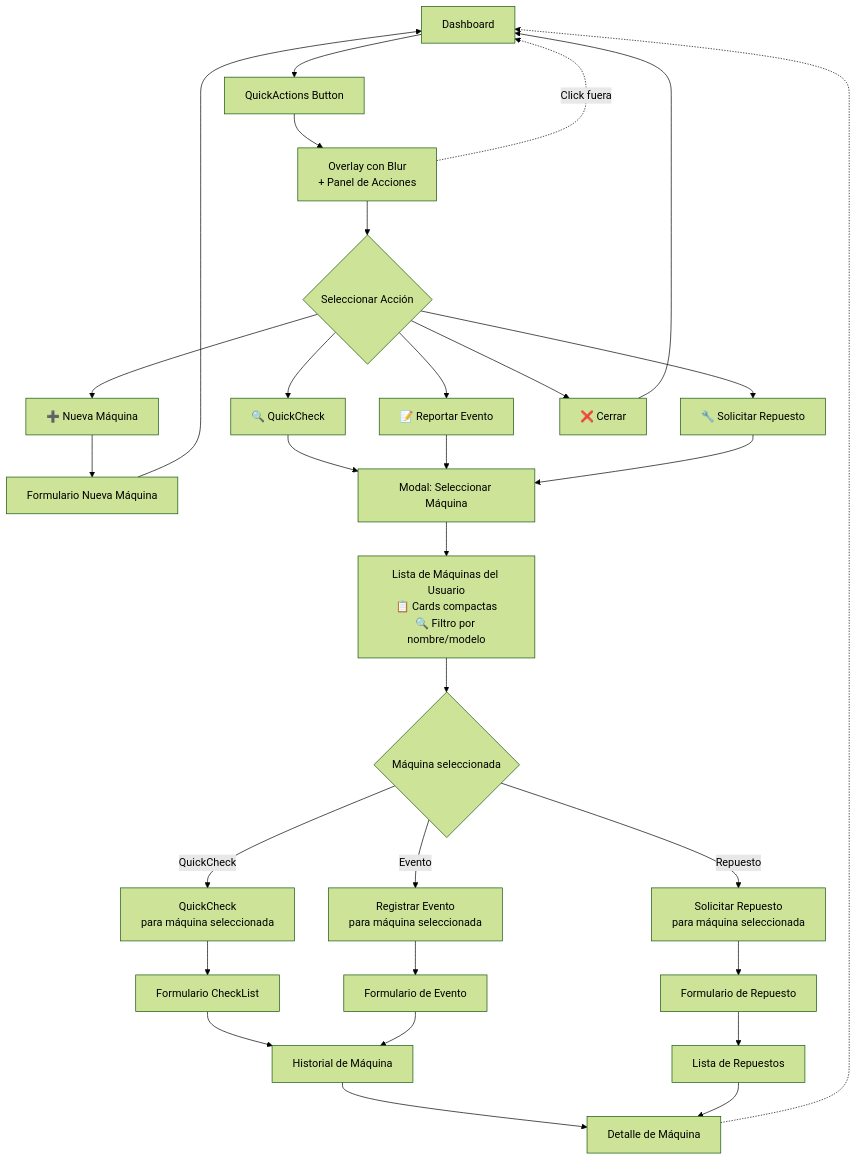
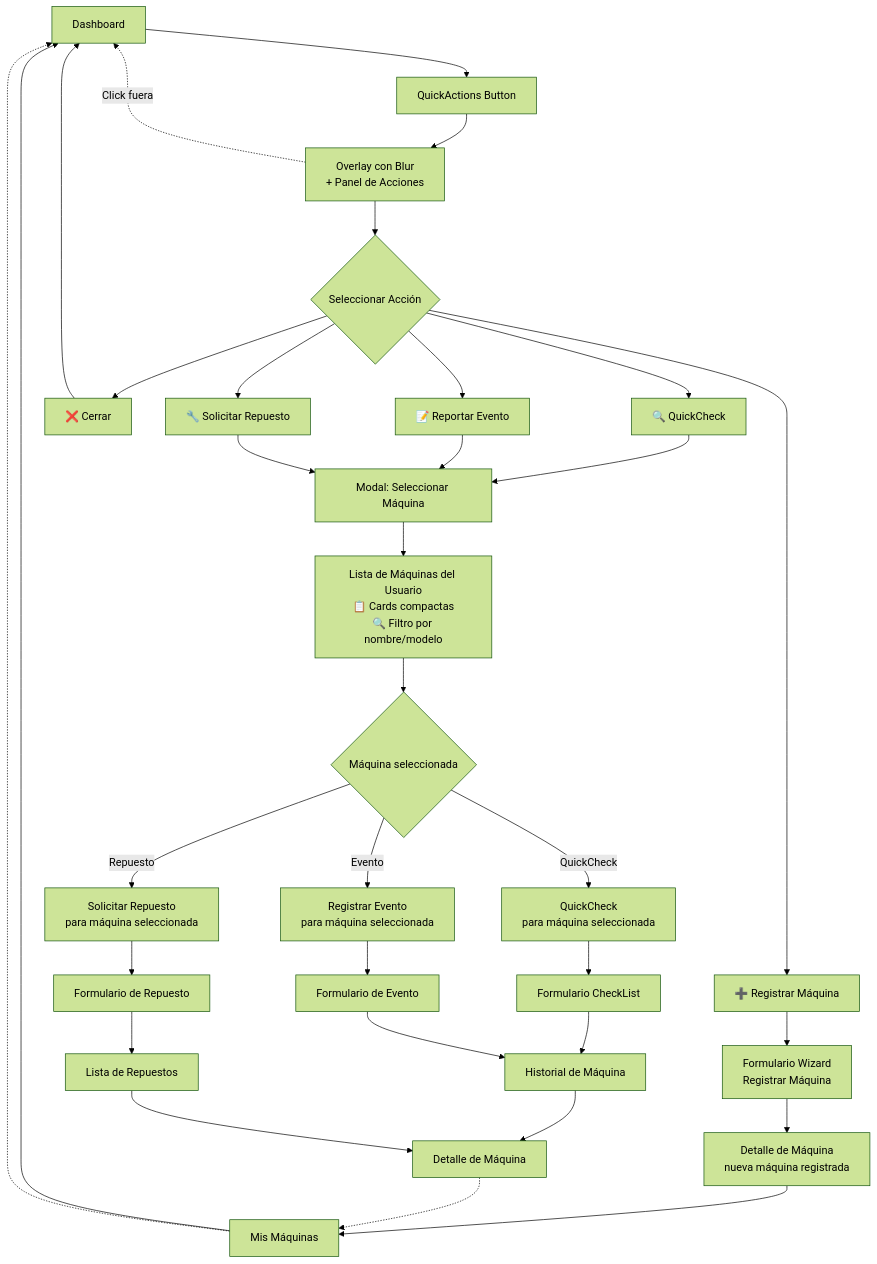
The second of 9 diagrams in docs/userJourney.md (MarkMed/FleetMan), drawn with Mermaid (forest theme) before and after one commit. The commit also changed other lines of this file, not shown here.

Commit message:
Enhance QuickActions dashboard: rename and update machine registration flow with wizard form

````diff
--- a/docs/userJourney.md
+++ b/docs/userJourney.md
@@ -33,48 +33,51 @@
 ```mermaid
 flowchart TD
     DASH[Dashboard] --> QA_TRIGGER[QuickActions Button]
     QA_TRIGGER --> QA_OVERLAY[Overlay con Blur<br/>+ Panel de Acciones]
     
     QA_OVERLAY --> QA_OPTIONS{Seleccionar Acción}
     QA_OPTIONS --> QA_QUICKCHECK[🔍 QuickCheck]
     QA_OPTIONS --> QA_EVENT[📝 Reportar Evento]
+    QA_OPTIONS --> QA_MACHINE[➕ Registrar Máquina]
+    QA_OPTIONS --> QA_CLOSE[❌ Cerrar]
     QA_OPTIONS --> QA_SPARE[🔧 Solicitar Repuesto]
-    QA_OPTIONS --> QA_MACHINE[➕ Nueva Máquina]
-    QA_OPTIONS --> QA_CLOSE[❌ Cerrar]
     
-    %% Nueva Máquina - Redirect directo
-    QA_MACHINE --> MACHINE_FORM[Formulario Nueva Máquina]
-    MACHINE_FORM --> DASH
+    %% Registrar Máquina - Redirect directo
+    QA_MACHINE --> MACHINE_WIZARD[Formulario Wizard<br/>Registrar Máquina]
+    MACHINE_WIZARD --> MACHINE_DETAIL[Detalle de Máquina<br/>nueva máquina registrada]
+    MACHINE_DETAIL --> MACHINES[Mis Máquinas]
+    MACHINES --> DASH
     
     %% Acciones que requieren selección de máquina
     QA_QUICKCHECK --> SELECT_MODAL[Modal: Seleccionar Máquina]
     QA_EVENT --> SELECT_MODAL
     QA_SPARE --> SELECT_MODAL
     
     SELECT_MODAL --> MACHINE_LIST["Lista de Máquinas del Usuario<br/>📋 Cards compactas<br/>🔍 Filtro por nombre/modelo"]
     MACHINE_LIST --> MACHINE_SELECTED{Máquina seleccionada}
     
     %% Redirecciones contextualizadas
     MACHINE_SELECTED -->|QuickCheck| QC_CONTEXTUAL[QuickCheck<br/>para máquina seleccionada]
     MACHINE_SELECTED -->|Evento| EVENT_CONTEXTUAL[Registrar Evento<br/>para máquina seleccionada]
     MACHINE_SELECTED -->|Repuesto| SPARE_CONTEXTUAL[Solicitar Repuesto<br/>para máquina seleccionada]
     
     %% Flujos de salida
     QC_CONTEXTUAL --> QC_FORM[Formulario CheckList]
     EVENT_CONTEXTUAL --> EVENT_FORM[Formulario de Evento]
     SPARE_CONTEXTUAL --> SPARE_FORM[Formulario de Repuesto]
     
     QC_FORM --> HISTORY[Historial de Máquina]
     EVENT_FORM --> HISTORY
     SPARE_FORM --> SPARE_LIST[Lista de Repuestos]
     
-    HISTORY --> MACHINE_DETAIL[Detalle de Máquina]
-    SPARE_LIST --> MACHINE_DETAIL
+    HISTORY --> DETAIL[Detalle de Máquina]
+    SPARE_LIST --> DETAIL
     
     %% Navegación de retorno
     QA_CLOSE --> DASH
-    MACHINE_DETAIL -.-> DASH
+    DETAIL -.-> MACHINES[Mis Máquinas]
+    MACHINES -.-> DASH
     
     %% Overlay interactions
     QA_OVERLAY -.-> |Click fuera| DASH
 ```
````
